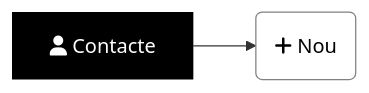
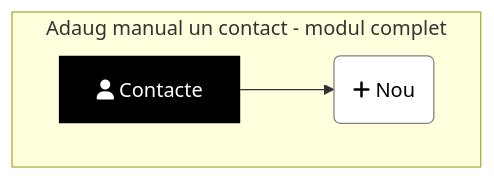
One commit to IonutOjicaDE/IonutOjicaDE.github.io changed the second of 2 diagrams in _posts/2024-03-06-contacte-adaug.md. Above: the diagram before and after it, drawn with Mermaid. The commit also changed other lines of this file and 26 other files, not shown here.

Commit message:
adaugat autor, corectat mermaid

````diff
--- a/_posts/2024-03-06-contacte-adaug.md
+++ b/_posts/2024-03-06-contacte-adaug.md
@@ -38,6 +42,9 @@
 ```mermaid
-flowchart LR
+flowchart
+  subgraph Adaug manual un contact - modul complet
+    direction LR
     A[fas:fa-user Contacte] --> B(fas:fa-plus Nou)
     style A fill:black,color:white,stroke-width:0
     style B fill:white,color:black,stroke:grey
+  end
 ```
````
